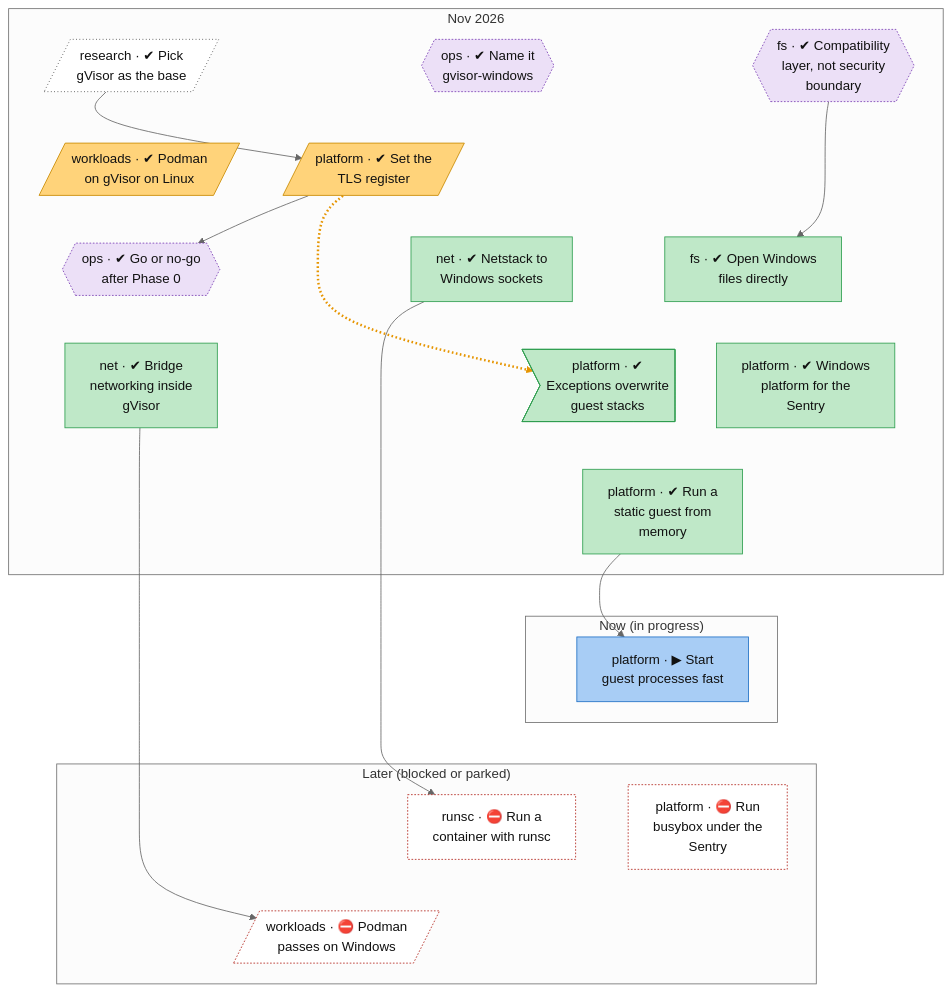
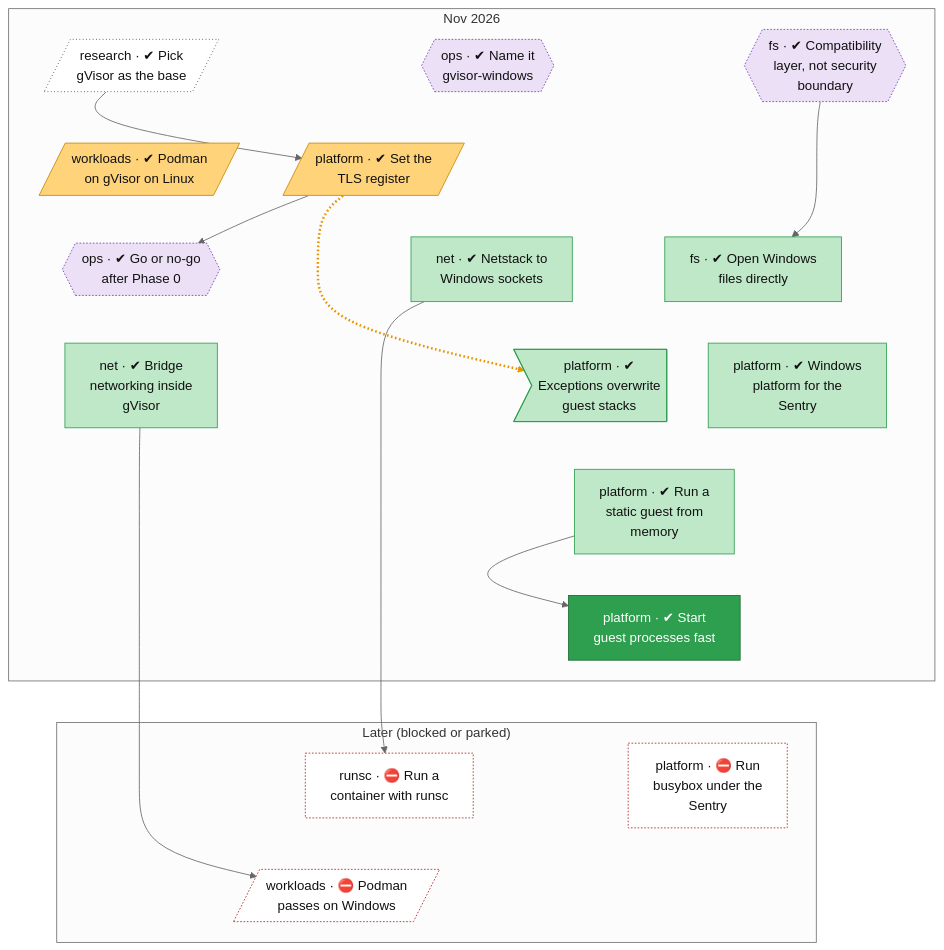
The second of 2 diagrams in docs/roadmap.md (lhns/gvisor-windows), drawn with Mermaid (neutral theme) before and after one commit. The commit also changed other lines of this file and 3 other files, not shown here.

Commit message:
Rate process-start performance and the split-syscall fix

````diff
--- a/docs/roadmap.md
+++ b/docs/roadmap.md
@@ -100,70 +100,68 @@
 ```mermaid
 flowchart TB
     subgraph bd_0["Nov 2026"]
         research_gvisor_base[/"research · ✔ Pick<br/>gVisor as the base"/]
         ops_name_and_fork{{"ops · ✔ Name it<br/>gvisor-windows"}}
         fs_compat_layer_not_boundary{{"fs · ✔ Compatibility<br/>layer, not security<br/>boundary"}}
         workloads_podman_on_gvisor_linux[/"workloads · ✔ Podman<br/>on gVisor on Linux"/]
         platform_tls_register[/"platform · ✔ Set the<br/>TLS register"/]
         ops_phase0_go_no_go{{"ops · ✔ Go or no-go<br/>after Phase 0"}}
         fs_windows_directfs["fs · ✔ Open Windows<br/>files directly"]
         net_netstack_windows_link["net · ✔ Netstack to<br/>Windows sockets"]
         net_bridge_networking["net · ✔ Bridge<br/>networking inside<br/>gVisor"]
         platform_veh_on_guest_stack_unsafe>"platform · ✔<br/>Exceptions overwrite<br/>guest stacks"]
         platform_winstub["platform · ✔ Windows<br/>platform for the<br/>Sentry"]
         platform_static_guest_from_memory["platform · ✔ Run a<br/>static guest from<br/>memory"]
+        platform_fast_process_start["platform · ✔ Start<br/>guest processes fast"]
     end
-    subgraph bd_1["Now (in progress)"]
-        platform_fast_process_start["platform · ▶ Start<br/>guest processes fast"]
-    end
-    subgraph bd_2["Later (blocked or parked)"]
+    subgraph bd_1["Later (blocked or parked)"]
         platform_busybox_on_windows["platform · ⛔ Run<br/>busybox under the<br/>Sentry"]
         runsc_container_on_windows["runsc · ⛔ Run a<br/>container with runsc"]
         workloads_podman_on_windows[/"workloads · ⛔ Podman<br/>passes on Windows"/]
     end
     research_gvisor_base ~~~ workloads_podman_on_gvisor_linux
     ops_name_and_fork ~~~ platform_tls_register
     fs_compat_layer_not_boundary ~~~ platform_tls_register
     workloads_podman_on_gvisor_linux ~~~ ops_phase0_go_no_go
     platform_tls_register ~~~ fs_windows_directfs
     platform_tls_register ~~~ net_netstack_windows_link
     ops_phase0_go_no_go ~~~ net_bridge_networking
     fs_windows_directfs ~~~ platform_veh_on_guest_stack_unsafe
     net_netstack_windows_link ~~~ platform_winstub
     net_bridge_networking ~~~ platform_static_guest_from_memory
     platform_veh_on_guest_stack_unsafe ~~~ platform_static_guest_from_memory
     platform_winstub ~~~ platform_static_guest_from_memory
     platform_static_guest_from_memory ~~~ platform_fast_process_start
     platform_fast_process_start ~~~ platform_busybox_on_windows
     platform_fast_process_start ~~~ runsc_container_on_windows
     platform_busybox_on_windows ~~~ workloads_podman_on_windows
     runsc_container_on_windows ~~~ workloads_podman_on_windows
     research_gvisor_base --> platform_tls_register
     platform_tls_register -.-> platform_veh_on_guest_stack_unsafe
     platform_tls_register --> ops_phase0_go_no_go
     fs_compat_layer_not_boundary --> fs_windows_directfs
     platform_static_guest_from_memory --> platform_fast_process_start
     net_netstack_windows_link --> runsc_container_on_windows
     net_bridge_networking --> workloads_podman_on_windows
     linkStyle 18 stroke:#e69500,stroke-width:3px,stroke-dasharray:2 3
     classDef vsucc fill:#2e9e4f,stroke:#1b6b34,color:#fff
     classDef succ fill:#bfe8c8,stroke:#2e9e4f,color:#111
     classDef mixed fill:#ffd37a,stroke:#c98a00,color:#111
     classDef bad fill:#f28b82,stroke:#b3261e,color:#111
     classDef dead fill:#e6e6e6,stroke:#777,stroke-dasharray:5 5,color:#555
     classDef inprog fill:#a8cdf5,stroke:#1f6fc5,color:#111
     classDef next fill:#fff,stroke:#333,color:#111
     classDef blocked fill:#fff,stroke:#b3261e,stroke-dasharray:2 2,color:#111
     classDef parked fill:#f3f3f3,stroke:#999,color:#555
     classDef unrated fill:#fff,stroke:#333,stroke-dasharray:1 3,color:#111
     classDef gate fill:#d9c2f0,stroke:#7b3fb5,color:#111
     classDef decided fill:#ece0f7,stroke:#7b3fb5,stroke-dasharray:2 2,color:#111
     classDef finding fill:#ffe0b2,stroke:#d84315,stroke-width:2px,color:#111
     classDef waiting fill:#e3f2fd,stroke:#1f6fc5,stroke-dasharray:5 5,color:#111
     class research_gvisor_base unrated
     class ops_name_and_fork,fs_compat_layer_not_boundary,ops_phase0_go_no_go decided
     class workloads_podman_on_gvisor_linux,platform_tls_register mixed
     class workloads_podman_on_windows,runsc_container_on_windows,platform_busybox_on_windows blocked
     class platform_winstub,fs_windows_directfs,net_netstack_windows_link,platform_static_guest_from_memory,net_bridge_networking,platform_veh_on_guest_stack_unsafe succ
-    class platform_fast_process_start inprog
+    class platform_fast_process_start vsucc
 ```
````
